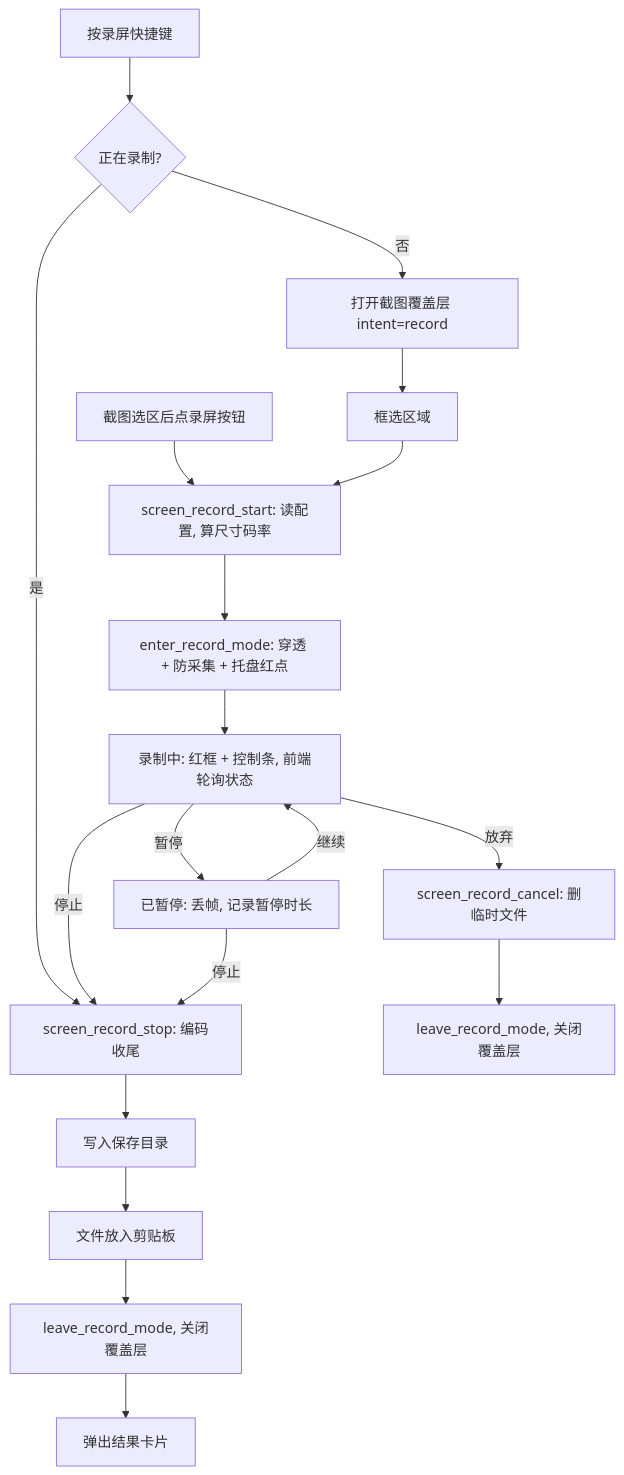
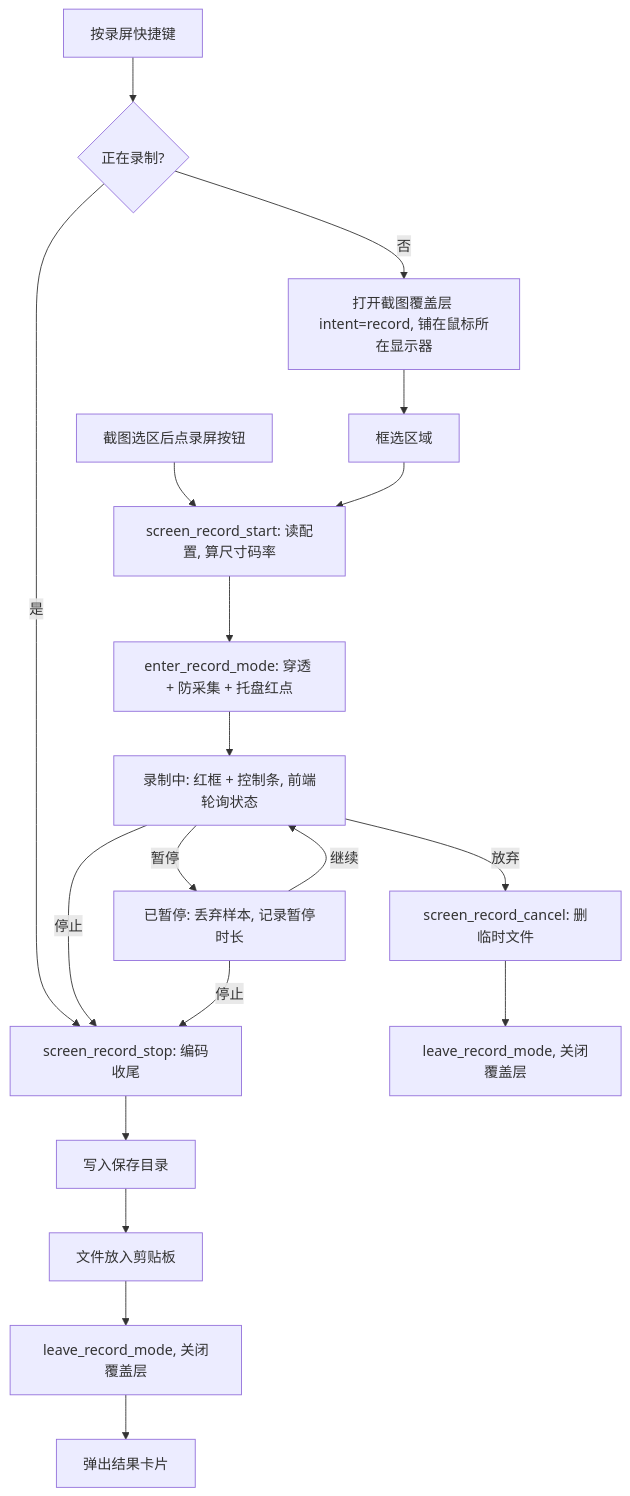
The diagram in docs/design/0003-区域录屏.md (shenziggy0/snapshoot), drawn with Mermaid before and after one commit. The commit also changed other lines of this file, not shown here.

````diff
--- a/docs/design/0003-区域录屏.md
+++ b/docs/design/0003-区域录屏.md
@@ -117,17 +138,17 @@
 ```mermaid
 flowchart TD
     hotkey[按录屏快捷键] --> isRecording{"正在录制?"}
     isRecording -->|是| stop
-    isRecording -->|否| overlayRecord["打开截图覆盖层 intent=record"]
+    isRecording -->|否| overlayRecord["打开截图覆盖层 intent=record, 铺在鼠标所在显示器"]
     toolbarBtn[截图选区后点录屏按钮] --> start
     overlayRecord --> select[框选区域] --> start
     start["screen_record_start: 读配置, 算尺寸码率"] --> mode["enter_record_mode: 穿透 + 防采集 + 托盘红点"]
     mode --> recording[录制中: 红框 + 控制条, 前端轮询状态]
-    recording -->|暂停| paused[已暂停: 丢帧, 记录暂停时长]
+    recording -->|暂停| paused[已暂停: 丢弃样本, 记录暂停时长]
     paused -->|继续| recording
     recording -->|放弃| cancel["screen_record_cancel: 删临时文件"]
     recording -->|停止| stop["screen_record_stop: 编码收尾"]
     paused -->|停止| stop
     stop --> save[写入保存目录] --> clip[文件放入剪贴板] --> leave[leave_record_mode, 关闭覆盖层] --> card[弹出结果卡片]
     cancel --> leave2[leave_record_mode, 关闭覆盖层]
 ```
````
